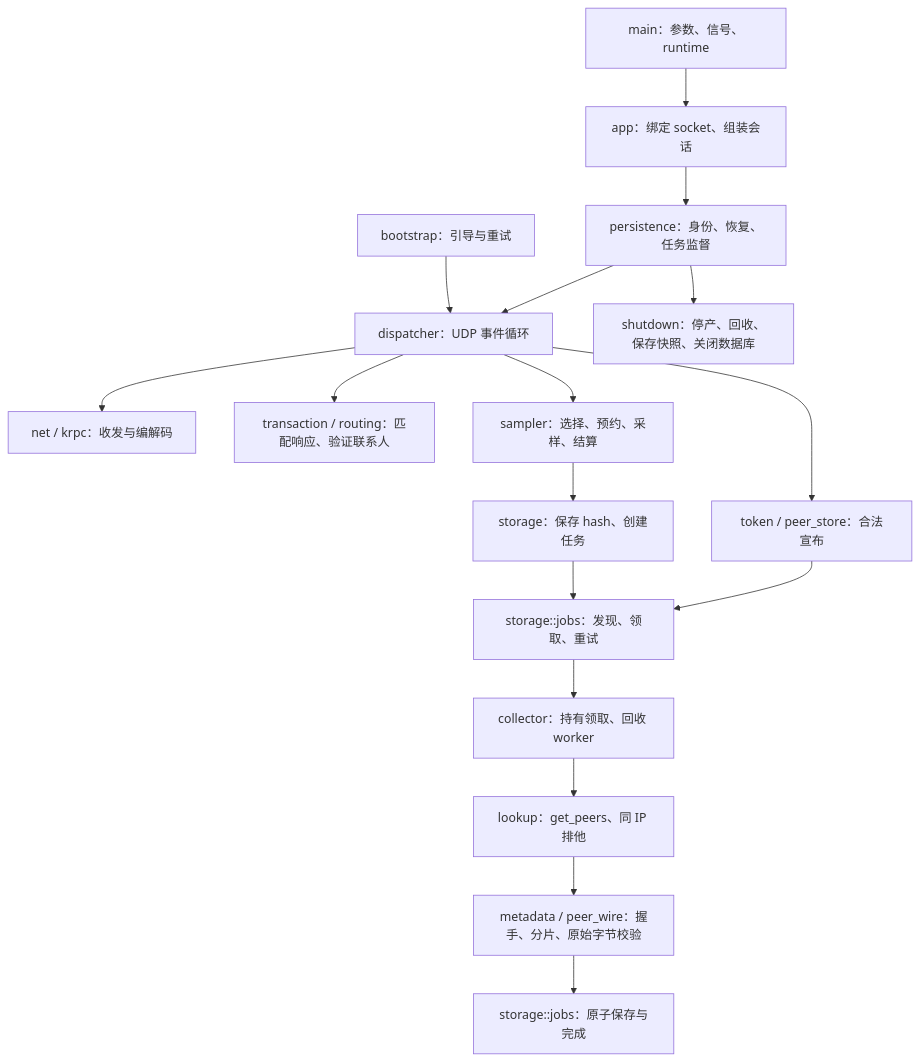
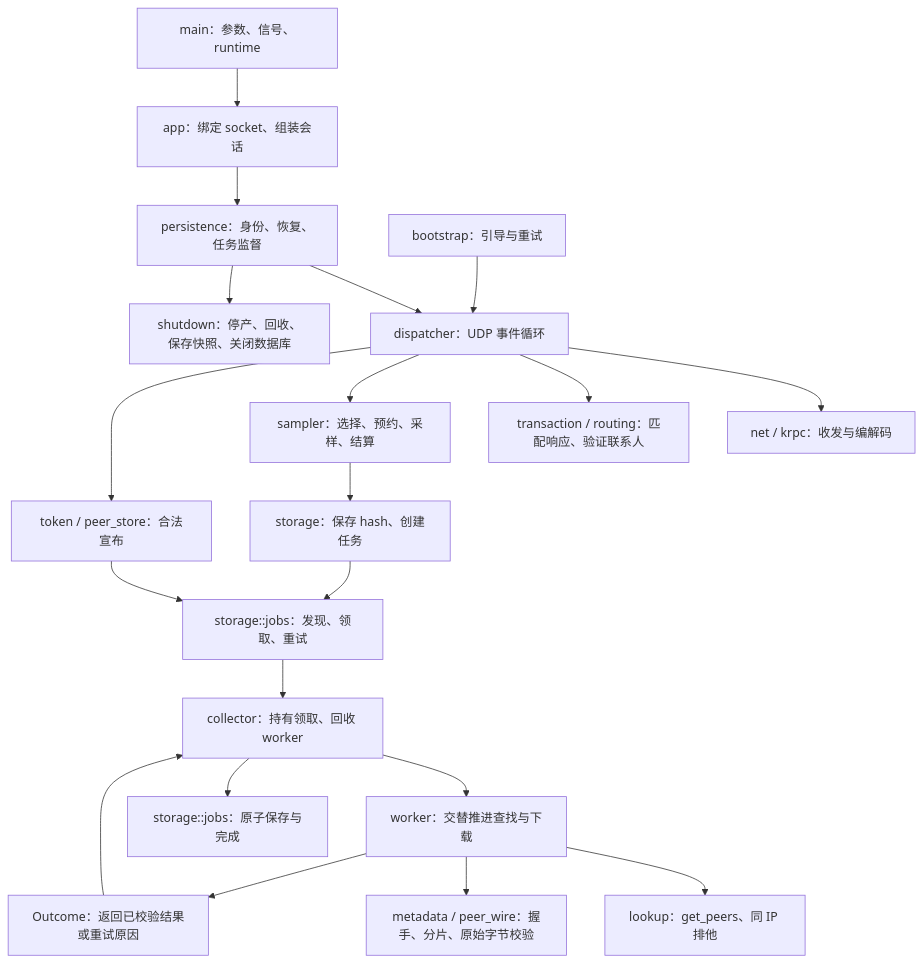
One commit to zzwtsy/bt-sniffer changed the second of 2 diagrams in docs/getting-started.md. Above: the diagram before and after it, drawn with Mermaid. The commit also changed other lines of this file and 28 other files, not shown here.

````diff
--- a/docs/getting-started.md
+++ b/docs/getting-started.md
@@ -79,19 +79,22 @@
 ```mermaid
 flowchart TD
     main[main：参数、信号、runtime] --> app[app：绑定 socket、组装会话]
     app --> session[persistence：身份、恢复、任务监督]
     session --> dispatcher[dispatcher：UDP 事件循环]
     bootstrap[bootstrap：引导与重试] --> dispatcher
     dispatcher --> protocol[net / krpc：收发与编解码]
     dispatcher --> routing[transaction / routing：匹配响应、验证联系人]
     dispatcher --> sampler[sampler：选择、预约、采样、结算]
     dispatcher --> announce[token / peer_store：合法宣布]
     sampler --> hashes[storage：保存 hash、创建任务]
     announce --> jobs[storage::jobs：发现、领取、重试]
     hashes --> jobs
     jobs --> collector[collector：持有领取、回收 worker]
-    collector --> lookup[lookup：get_peers、同 IP 排他]
-    lookup --> metadata[metadata / peer_wire：握手、分片、原始字节校验]
-    metadata --> complete[storage::jobs：原子保存与完成]
+    collector --> worker[worker：交替推进查找与下载]
+    worker --> lookup[lookup：get_peers、同 IP 排他]
+    worker --> metadata[metadata / peer_wire：握手、分片、原始字节校验]
+    worker --> result[Outcome：返回已校验结果或重试原因]
+    result --> collector
+    collector --> complete[storage::jobs：原子保存与完成]
     session --> shutdown[shutdown：停产、回收、保存快照、关闭数据库]
 ```
````
